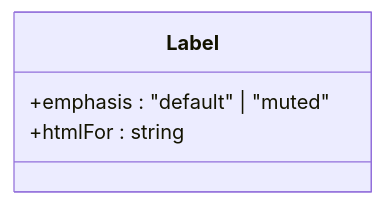
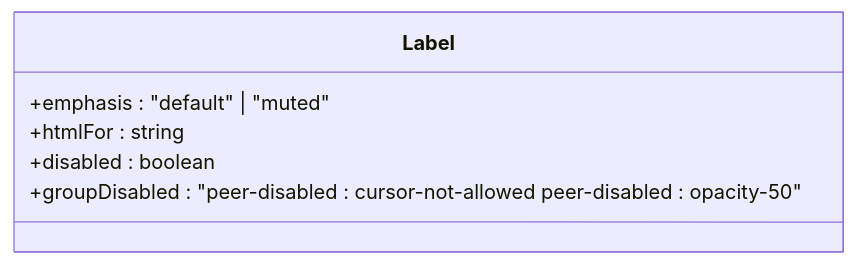
One commit to userisaziz/samaa-ai changed the seventh of 18 diagrams in .qoder/repowiki/en/content/Frontend Application/UI Component Library & Design System.md. Above: the diagram before and after it, drawn with Mermaid. The commit also changed other lines of this file and 108 other files, not shown here.

````diff
--- a/.qoder/repowiki/en/content/Frontend Application/UI Component Library & Design System.md
+++ b/.qoder/repowiki/en/content/Frontend Application/UI Component Library & Design System.md
@@ -338,7 +567,9 @@
 ```mermaid
 classDiagram
 class Label {
 +emphasis : "default" | "muted"
 +htmlFor : string
++disabled : boolean
++groupDisabled : "peer-disabled : cursor-not-allowed peer-disabled : opacity-50"
 }
 ```
````
